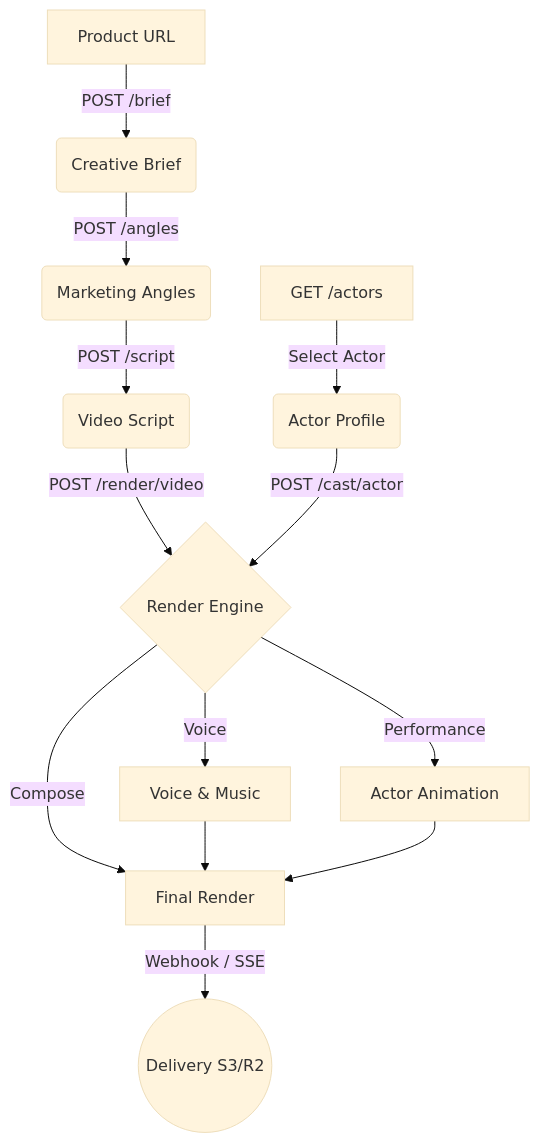
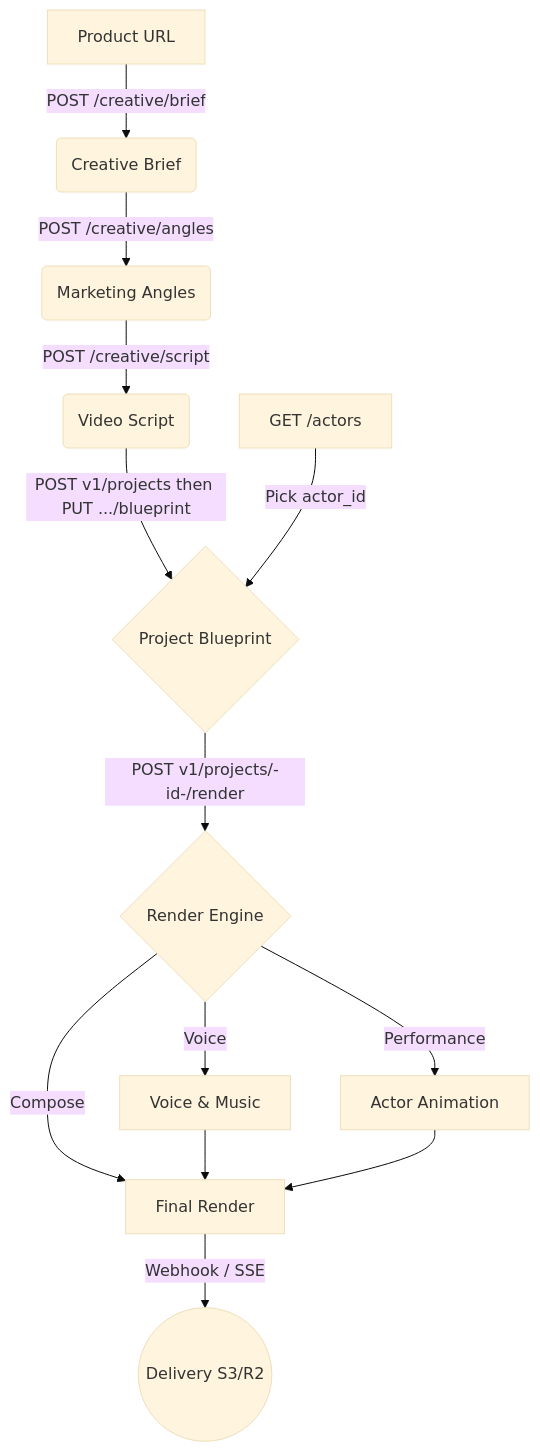
Before and after one commit to fotohubapp/docs: the first of 2 diagrams in api/ugc-studio.md, drawn with Mermaid (base theme). The commit also changed other lines of this file and 91 other files, not shown here.

````diff
--- a/api/ugc-studio.md
+++ b/api/ugc-studio.md
@@ -54,19 +57,19 @@
 ```mermaid
 flowchart TD
-    A[Product URL] -->|POST /brief| B(Creative Brief)
-    B -->|POST /angles| C(Marketing Angles)
-    C -->|POST /script| D(Video Script)
-    D -->|POST /render/video| E{Render Engine}
+    A[Product URL] -->|POST /creative/brief| B(Creative Brief)
+    B -->|POST /creative/angles| C(Marketing Angles)
+    C -->|POST /creative/script| D(Video Script)
+    D -->|POST v1/projects then PUT .../blueprint| E{Project Blueprint}
+    E -->|POST v1/projects/-id-/render| F{Render Engine}
     
-    F[GET /actors] -->|Select Actor| G(Actor Profile)
-    G -->|POST /cast/actor| E
+    G[GET /actors] -->|Pick actor_id| E
     
-    E -->|Voice| H[Voice & Music]
-    E -->|Performance| I[Actor Animation]
-    E -->|Compose| J[Final Render]
+    F -->|Voice| H[Voice & Music]
+    F -->|Performance| I[Actor Animation]
+    F -->|Compose| J[Final Render]
     
     H --> J
     I --> J
     
     J -->|Webhook / SSE| K((Delivery S3/R2))
 ```
````
